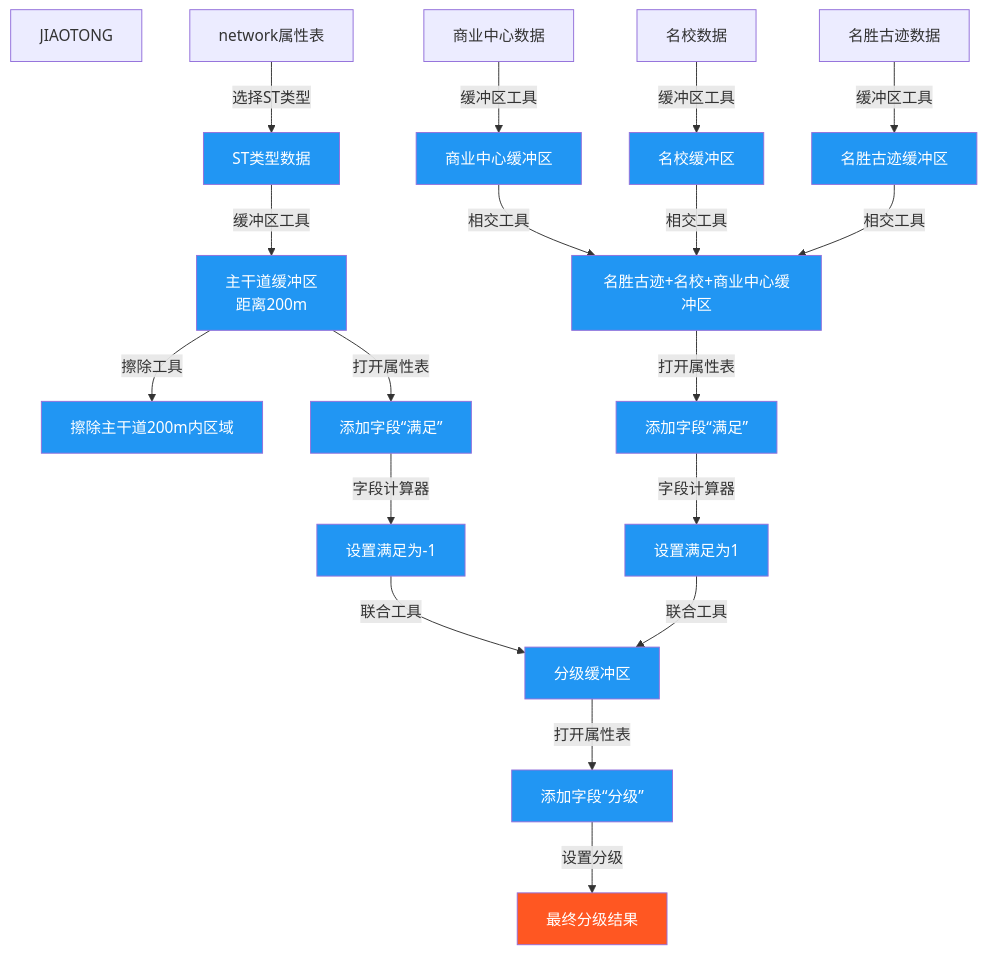
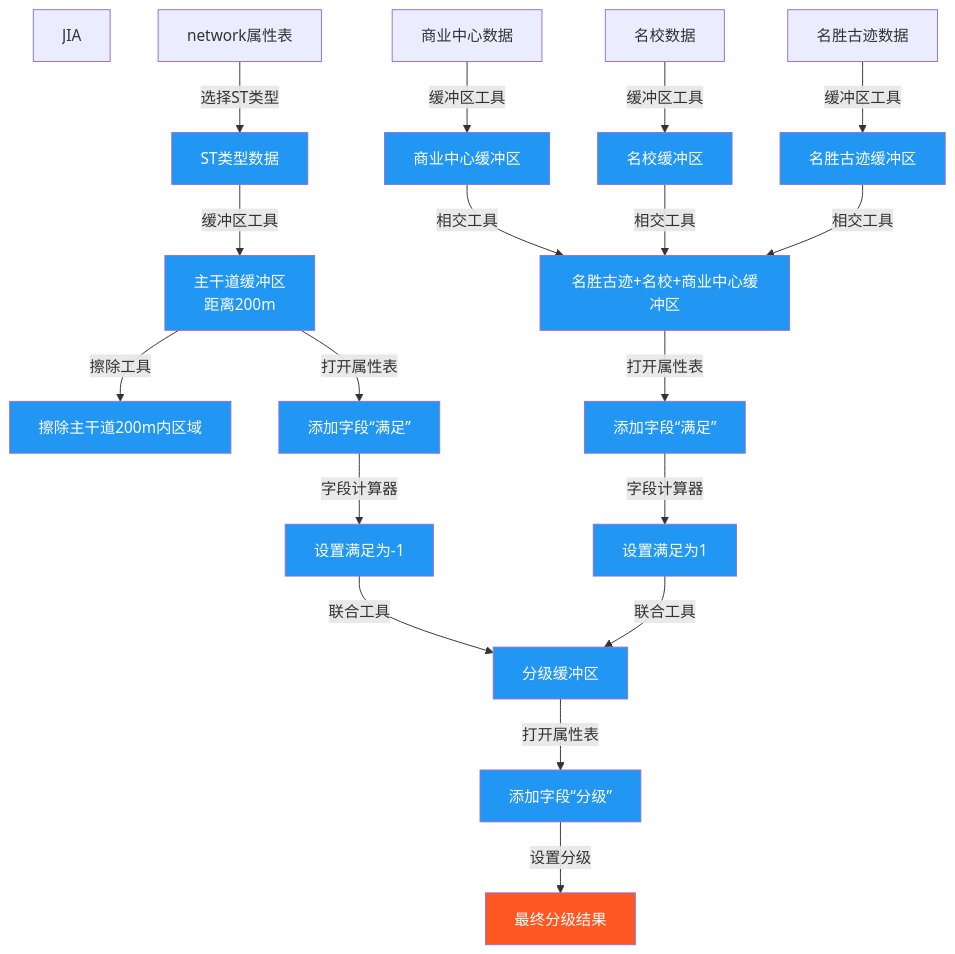
The diagram in all/未命名.md (newguser/iodraw-files), drawn with Mermaid before and after one commit.

Commit message:
2025-02-27 20:29:00 update

````diff
--- a/all/未命名.md
+++ b/all/未命名.md
@@ -1,26 +1,26 @@
 ```mermaid
 graph TD
-        A0[JIAOTONG]
+        A0[JIA]
         A1[network属性表] -->|选择ST类型| A2[ST类型数据]
         A2 -->|缓冲区工具| A3[主干道缓冲区<br>距离200m]
         B1[商业中心数据] -->|缓冲区工具| B2[商业中心缓冲区]
         C1[名校数据] -->|缓冲区工具| C2[名校缓冲区]
 
         D1[名胜古迹数据] -->|缓冲区工具| D2[名胜古迹缓冲区]
         B2[商业中心缓冲区]-->|相交工具| E1[名胜古迹+名校+商业中心缓冲区]
         C2[名校缓冲区]-->|相交工具| E1[名胜古迹+名校+商业中心缓冲区]
         D2 -->|相交工具| E1[名胜古迹+名校+商业中心缓冲区]
         A3 -->|擦除工具| E2[擦除主干道200m内区域]
         E1 -->|打开属性表| E3[添加字段“满足”]
         E3 -->|字段计算器| E4[设置满足为1]
         A3 -->|打开属性表| E5[添加字段“满足”]
         E5 -->|字段计算器| E6[设置满足为-1]
         E4 -->|联合工具| E7[分级缓冲区]
         E6 -->|联合工具| E7
         E7 -->|打开属性表| E8[添加字段“分级”]
         E8 -->|设置分级| E9[最终分级结果]
     
     style E9 fill:#FF5722,color:white
     classDef process fill:#2196F3,color:white;
     class A2,A3,B2,C2,D2,E1,E2,E3,E4,E5,E6,E7,E8 process
 ```
````
